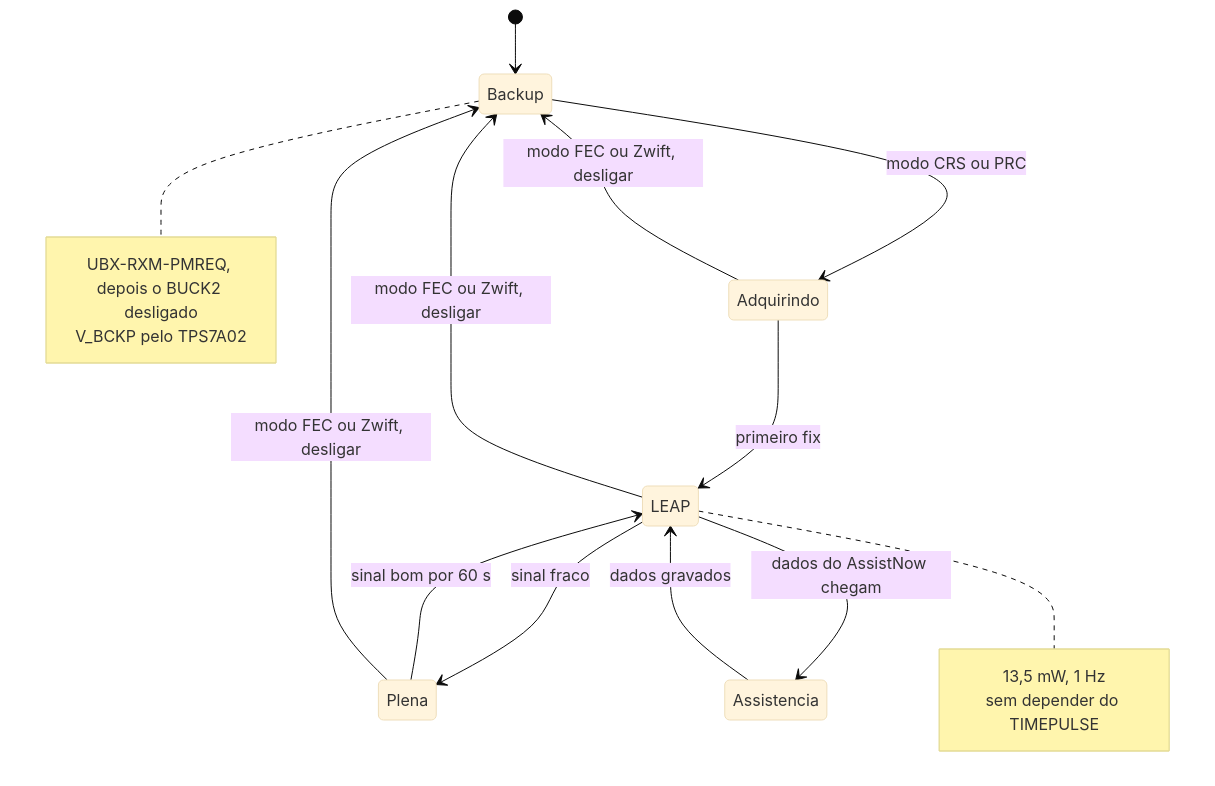
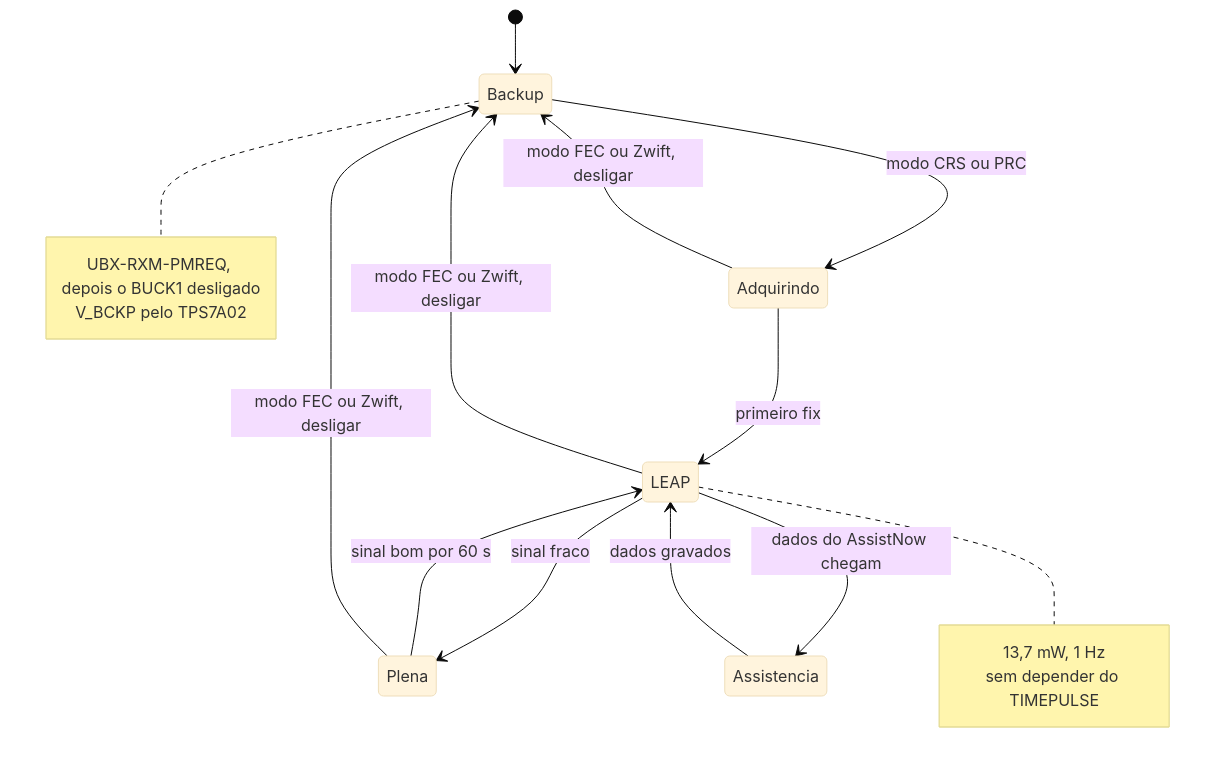
Before and after one commit to Guiimartinho/gnss-bike-computer: the sixth of 13 diagrams in docs/16-arquitetura-firmware.md, drawn with Mermaid (base theme). The commit also changed other lines of this file and 13 other files, not shown here.

````diff
--- a/docs/16-arquitetura-firmware.md
+++ b/docs/16-arquitetura-firmware.md
@@ -234,21 +234,21 @@
 ```mermaid
 stateDiagram-v2
     [*] --> Backup
     Backup --> Adquirindo: modo CRS ou PRC
     Adquirindo --> LEAP: primeiro fix
     LEAP --> Plena: sinal fraco
     Plena --> LEAP: sinal bom por 60 s
     LEAP --> Assistencia: dados do AssistNow chegam
     Assistencia --> LEAP: dados gravados
     LEAP --> Backup: modo FEC ou Zwift, desligar
     Plena --> Backup: modo FEC ou Zwift, desligar
     Adquirindo --> Backup: modo FEC ou Zwift, desligar
     note right of LEAP
-        13,5 mW, 1 Hz
+        13,7 mW, 1 Hz
         sem depender do TIMEPULSE
     end note
     note right of Backup
-        UBX-RXM-PMREQ, depois o BUCK2 desligado
+        UBX-RXM-PMREQ, depois o BUCK1 desligado
         V_BCKP pelo TPS7A02
     end note
 ```
````
